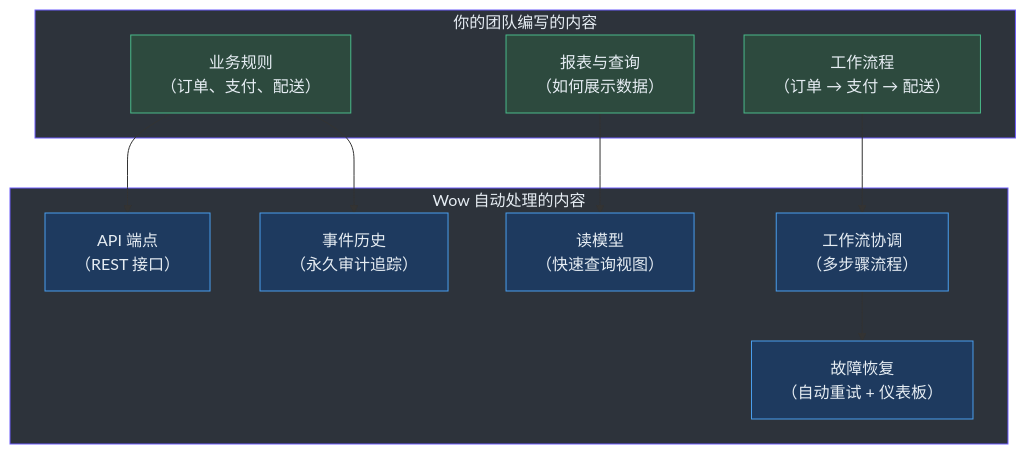
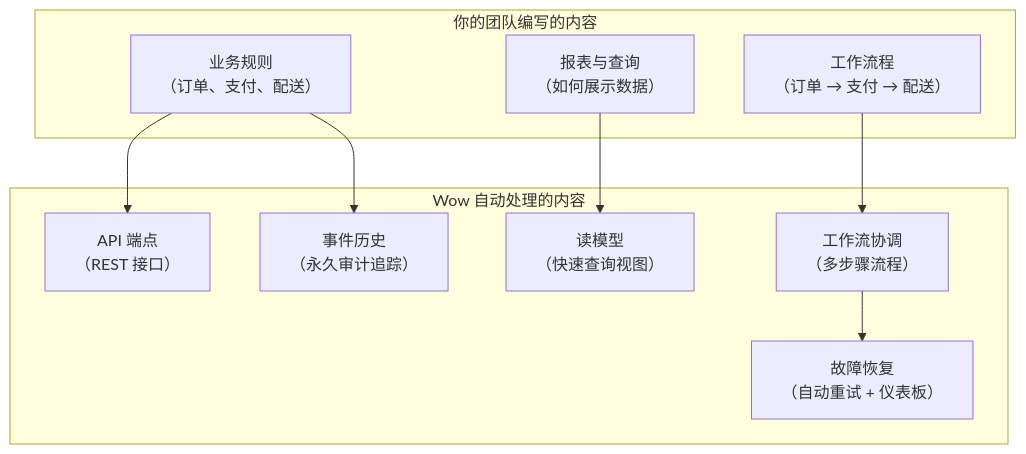
Before and after one commit to Ahoo-Wang/Wow: the first of 5 diagrams in documentation/docs/zh/onboarding/product-manager-guide.md, drawn with Mermaid. The commit also changed other lines of this file and 32 other files, not shown here.

Commit message:
docs: remove unsupported style/classDef directives from stateDiagram-v2 Mermaid blocks

````diff
--- a/documentation/docs/zh/onboarding/product-manager-guide.md
+++ b/documentation/docs/zh/onboarding/product-manager-guide.md
@@ -52,33 +52,23 @@
 ```mermaid
 flowchart TB
     subgraph WhatYouWrite["你的团队编写的内容"]
         B1["业务规则<br>（订单、支付、配送）"]
         B2["工作流程<br>（订单 → 支付 → 配送）"]
         B3["报表与查询<br>（如何展示数据）"]
     end
 
     subgraph WhatWowHandles["Wow 自动处理的内容"]
         W1["API 端点<br>（REST 接口）"]
         W2["事件历史<br>（永久审计追踪）"]
         W3["读模型<br>（快速查询视图）"]
         W4["工作流协调<br>（多步骤流程）"]
         W5["故障恢复<br>（自动重试 + 仪表板）"]
     end
 
     B1 --> W1
     B1 --> W2
     B3 --> W3
     B2 --> W4
     W4 --> W5
 
-    style WhatYouWrite fill:#2d333b,stroke:#6d5dfc,color:#e6edf3
-    style WhatWowHandles fill:#2d333b,stroke:#6d5dfc,color:#e6edf3
-    style B1 fill:#2d4a3e,stroke:#4aba8a,color:#e6edf3
-    style B2 fill:#2d4a3e,stroke:#4aba8a,color:#e6edf3
-    style B3 fill:#2d4a3e,stroke:#4aba8a,color:#e6edf3
-    style W1 fill:#1e3a5f,stroke:#4a9eed,color:#e6edf3
-    style W2 fill:#1e3a5f,stroke:#4a9eed,color:#e6edf3
-    style W3 fill:#1e3a5f,stroke:#4a9eed,color:#e6edf3
-    style W4 fill:#1e3a5f,stroke:#4a9eed,color:#e6edf3
-    style W5 fill:#1e3a5f,stroke:#4a9eed,color:#e6edf3
 ```
````
